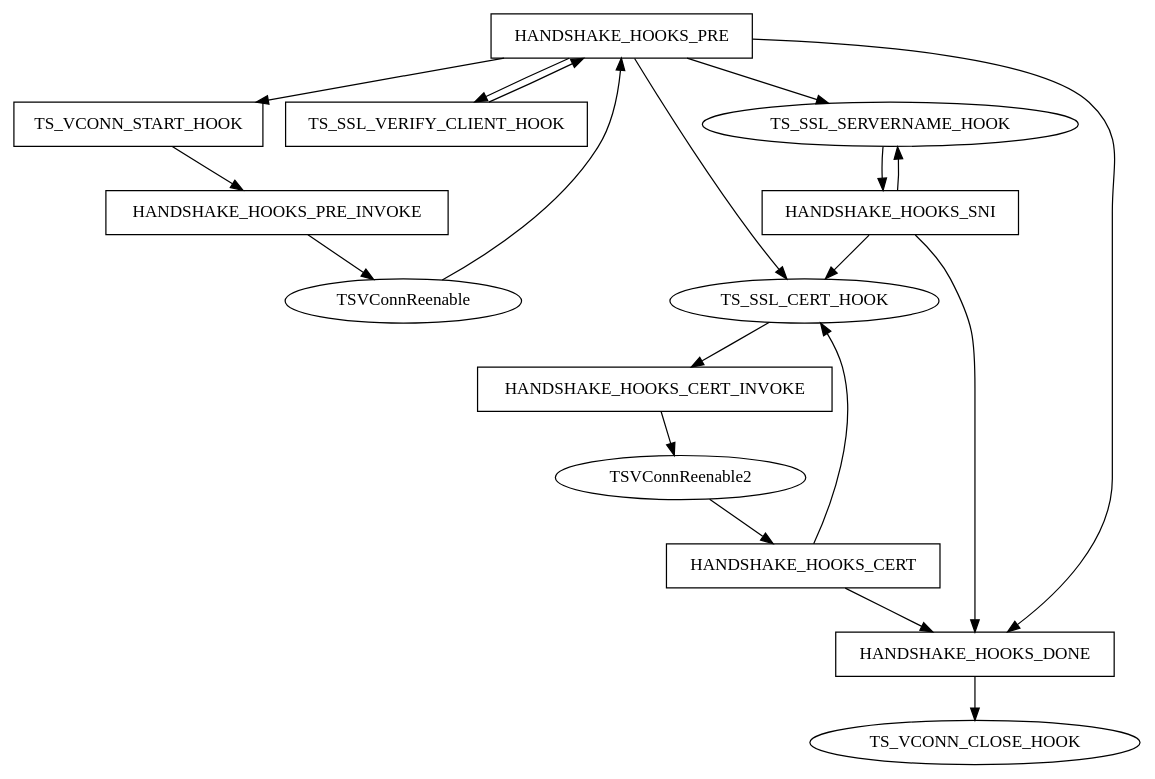
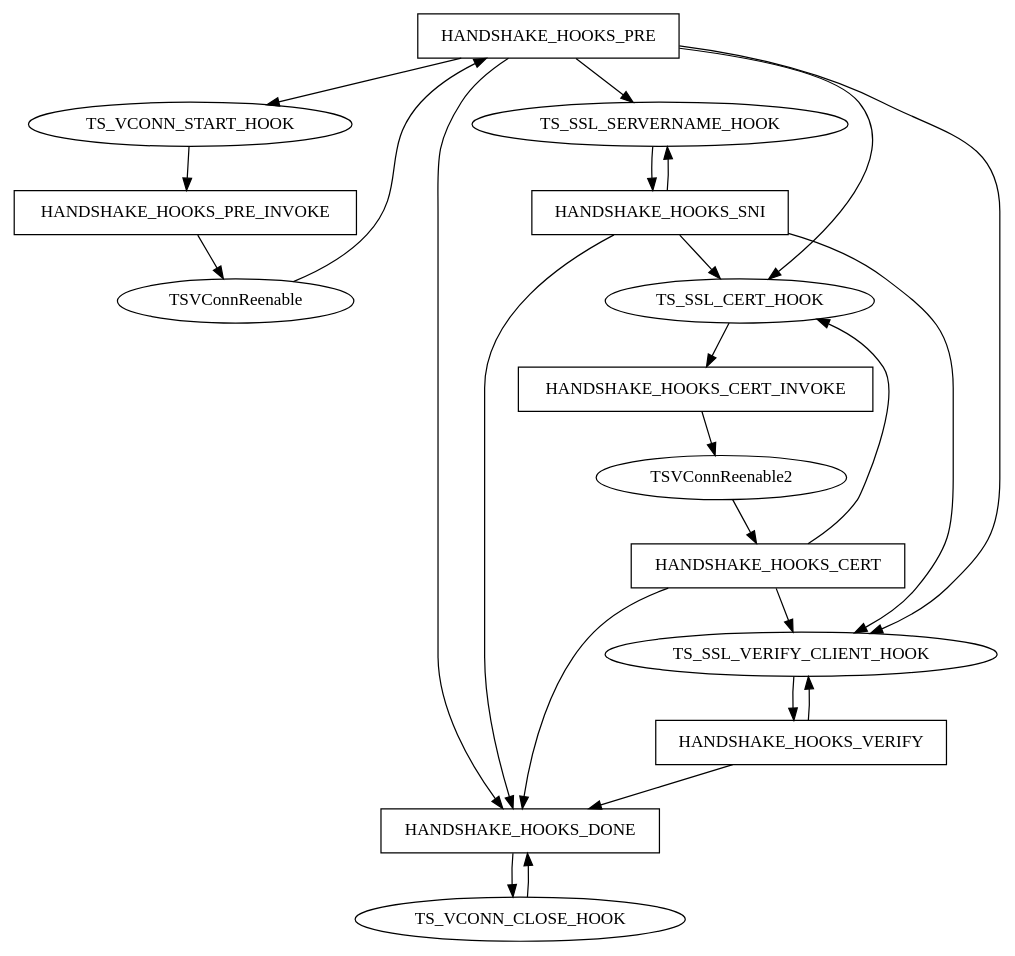
One commit to apache/trafficserver changed the first of 2 diagrams in doc/developer-guide/plugins/hooks-and-transactions/ssl-hooks.en.rst. Above: the diagram before and after it, drawn with Graphviz. The commit also changed other lines of this file, not shown here.

Commit message:
Fix TLS hooks diagram and other docs cleanup

```diff
--- a/doc/developer-guide/plugins/hooks-and-transactions/ssl-hooks.en.rst
+++ b/doc/developer-guide/plugins/hooks-and-transactions/ssl-hooks.en.rst
@@ -129,33 +129,39 @@
 .. graphviz::
    :alt: TLS Inbound Hook State Diagram
 
    digraph tls_hook_state_diagram{
      HANDSHAKE_HOOKS_PRE -> TS_VCONN_START_HOOK;
-     HANDSHAKE_HOOKS_PRE -> TS_SSL_VERIFY_CLIENT_HOOK;
      HANDSHAKE_HOOKS_PRE -> TS_SSL_CERT_HOOK;
      HANDSHAKE_HOOKS_PRE -> TS_SSL_SERVERNAME_HOOK;
      HANDSHAKE_HOOKS_PRE -> HANDSHAKE_HOOKS_DONE;
-     TS_SSL_VERIFY_CLIENT_HOOK -> HANDSHAKE_HOOKS_PRE;
      TS_VCONN_START_HOOK -> HANDSHAKE_HOOKS_PRE_INVOKE;
      HANDSHAKE_HOOKS_PRE_INVOKE -> TSVConnReenable;
      TSVConnReenable -> HANDSHAKE_HOOKS_PRE;
      TS_SSL_SERVERNAME_HOOK -> HANDSHAKE_HOOKS_SNI;
      HANDSHAKE_HOOKS_SNI -> TS_SSL_SERVERNAME_HOOK;
      HANDSHAKE_HOOKS_SNI -> TS_SSL_CERT_HOOK;
      HANDSHAKE_HOOKS_SNI -> HANDSHAKE_HOOKS_DONE;
      HANDSHAKE_HOOKS_CERT -> TS_SSL_CERT_HOOK;
      TS_SSL_CERT_HOOK -> HANDSHAKE_HOOKS_CERT_INVOKE;
      HANDSHAKE_HOOKS_CERT_INVOKE -> TSVConnReenable2;
      TSVConnReenable2 -> HANDSHAKE_HOOKS_CERT;
+
+     HANDSHAKE_HOOKS_CERT -> TS_SSL_VERIFY_CLIENT_HOOK;
+     HANDSHAKE_HOOKS_SNI -> TS_SSL_VERIFY_CLIENT_HOOK;
+     HANDSHAKE_HOOKS_PRE -> TS_SSL_VERIFY_CLIENT_HOOK;
+     TS_SSL_VERIFY_CLIENT_HOOK -> HANDSHAKE_HOOKS_VERIFY;
+     HANDSHAKE_HOOKS_VERIFY -> TS_SSL_VERIFY_CLIENT_HOOK;
+     HANDSHAKE_HOOKS_VERIFY -> HANDSHAKE_HOOKS_DONE;
+
      HANDSHAKE_HOOKS_CERT -> HANDSHAKE_HOOKS_DONE;
      HANDSHAKE_HOOKS_DONE -> TS_VCONN_CLOSE_HOOK;
+     TS_VCONN_CLOSE_HOOK -> HANDSHAKE_HOOKS_DONE;
 
      HANDSHAKE_HOOKS_PRE [shape=box];
-     TS_VCONN_START_HOOK [shape=box];
-     TS_SSL_VERIFY_CLIENT_HOOK [shape=box];
      HANDSHAKE_HOOKS_PRE_INVOKE [shape=box];
      HANDSHAKE_HOOKS_SNI [shape=box];
+     HANDSHAKE_HOOKS_VERIFY [shape=box];
      HANDSHAKE_HOOKS_CERT [shape=box];
      HANDSHAKE_HOOKS_CERT_INVOKE [shape=box];
      HANDSHAKE_HOOKS_DONE [shape=box];
    }
```
